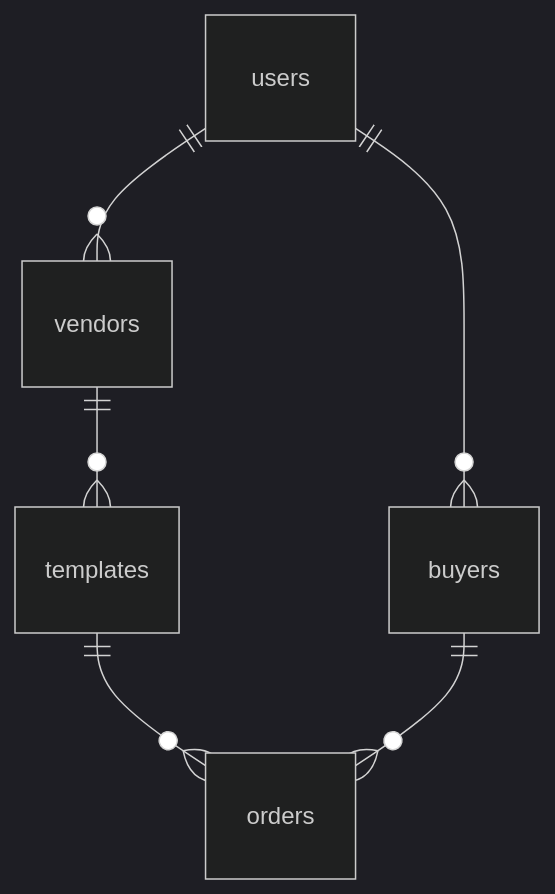
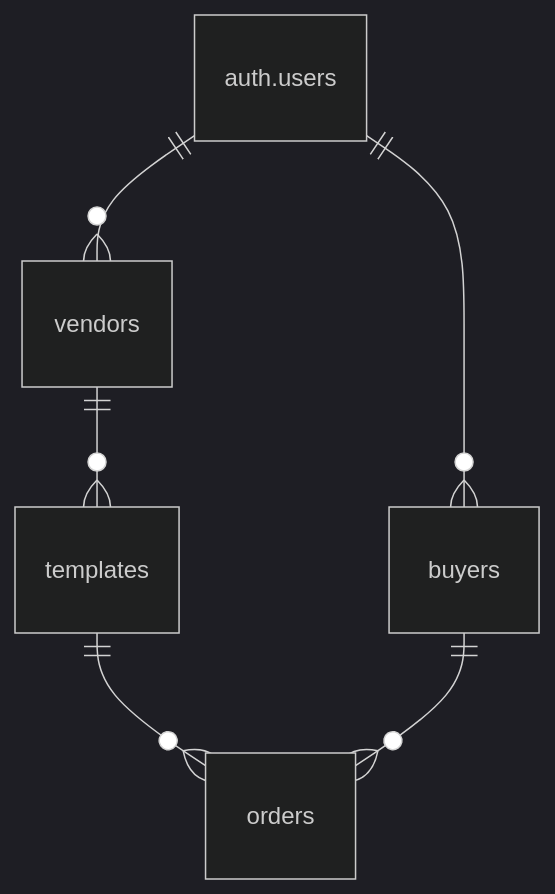
The diagram in README.md (AntonioCoppe/notion-template-shop), drawn with Mermaid (dark theme) before and after one commit. The commit also changed other lines of this file and 6 other files, not shown here.

Commit message:
updated schema.sql and readme

````diff
--- a/README.md
+++ b/README.md
@@ -61,8 +65,8 @@
 ```mermaid
 erDiagram
-  users ||--o{ vendors : ""
-  users ||--o{ buyers : ""
+  auth.users ||--o{ vendors : ""
+  auth.users ||--o{ buyers : ""
   vendors ||--o{ templates : ""
   templates ||--o{ orders : ""
   buyers ||--o{ orders : ""
 ```
````
